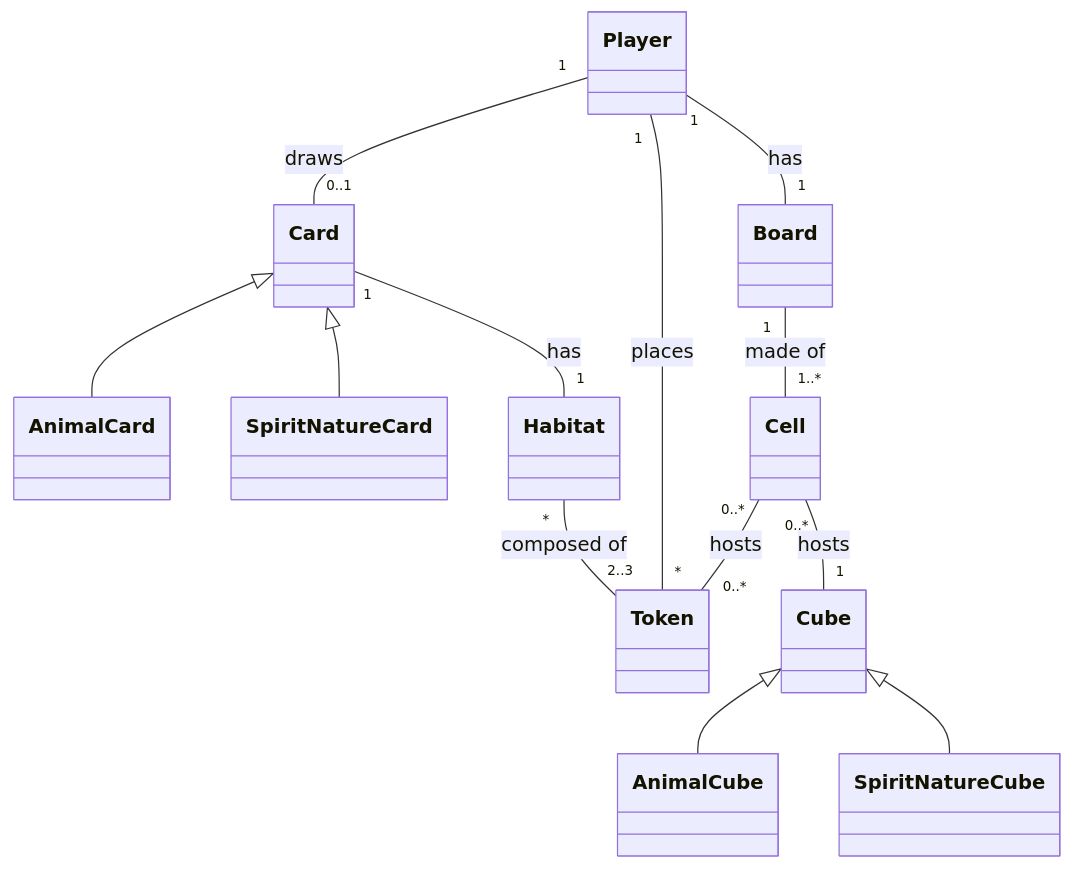
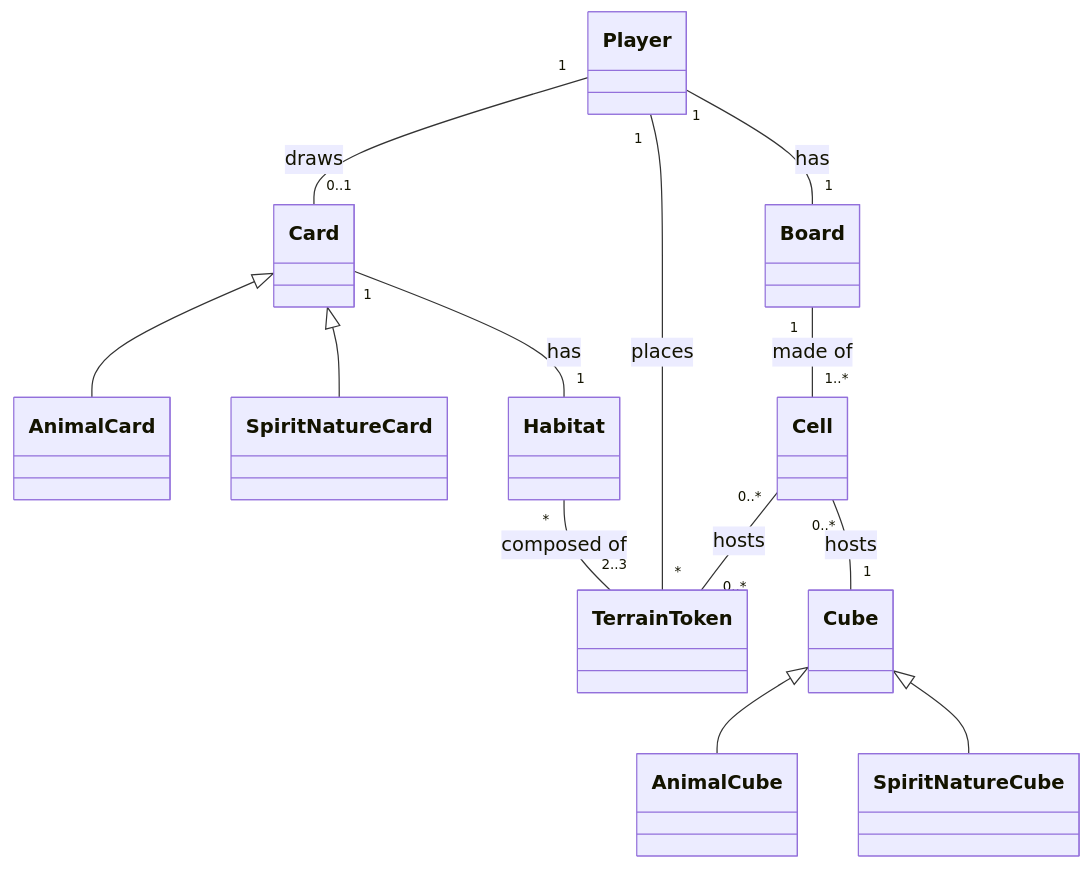
Before and after one commit to elisayan/PPS-25-scalarmonies: the diagram in docs/requirements.md, drawn with Mermaid. The commit also changed other lines of this file, not shown here.

````diff
--- a/docs/requirements.md
+++ b/docs/requirements.md
@@ -45,53 +41,53 @@
 ```mermaid
 classDiagram
     Card <|-- AnimalCard 
     Card <|-- SpiritNatureCard 
     
     Cube <|-- AnimalCube 
     Cube <|-- SpiritNatureCube
 
     Player "1" -- "0..1" Card : draws
-    Player "1" -- "*" Token : places
+    Player "1" -- "*" TerrainToken : places
     Player "1" -- "1" Board : has
     Board "1" -- "1..*" Cell : made of
     
     Card "1" -- "1" Habitat : has
-    Habitat "*" -- "2..3" Token : composed of
+    Habitat "*" -- "2..3" TerrainToken : composed of
     
-    Cell "0..*" -- "0..*" Token : hosts
+    Cell "0..*" -- "0..*" TerrainToken : hosts
     Cell "0..*" -- "1" Cube : hosts
 
     class Player {
         
     }
     class Board {
         
     }
     class Card {
         
     }
     class AnimalCard {
         
     }
     class SpiritNatureCard {
         
     }
     class Habitat {
         
     }
-    class Token {
+    class TerrainToken {
         
     }
     class Cell {
         
     }
     class Cube {
         
     }
     class AnimalCube {
         
     }
     class SpiritNatureCube {
         
     }
 ```
````
